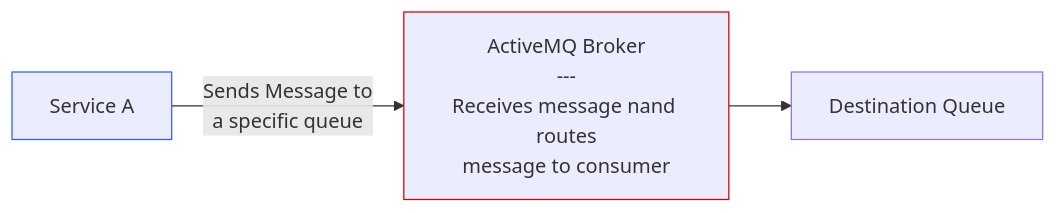
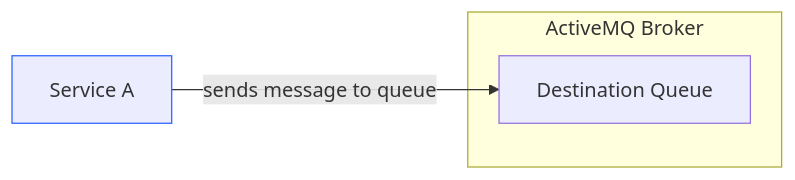
One commit to Waleed2660/springboot-learning-kit changed the first of 5 diagrams in tasks/Task_4.md. Above: the diagram before and after it, drawn with Mermaid. The commit also changed other lines of this file and 1 other file, not shown here.

Commit message:
updated task 3 mermaid diagrams

````diff
--- a/tasks/Task_4.md
+++ b/tasks/Task_4.md
@@ -22,7 +22,10 @@
 ```mermaid
 flowchart LR
-    A["Service A"] -- Sends Message to <br/> a specific queue --> B["ActiveMQ Broker<br>---<br>Receives message nand routes<br>message to consumer"]
-    B --> C[" Destination Queue"]
+    A["Service A"] --> |sends message to queue| C[" Destination Queue"]
+    
+    subgraph "ActiveMQ Broker"
+        C
+    end
+    
     style A stroke:#2962FF
-    style B stroke:#D50000
 ```
````
